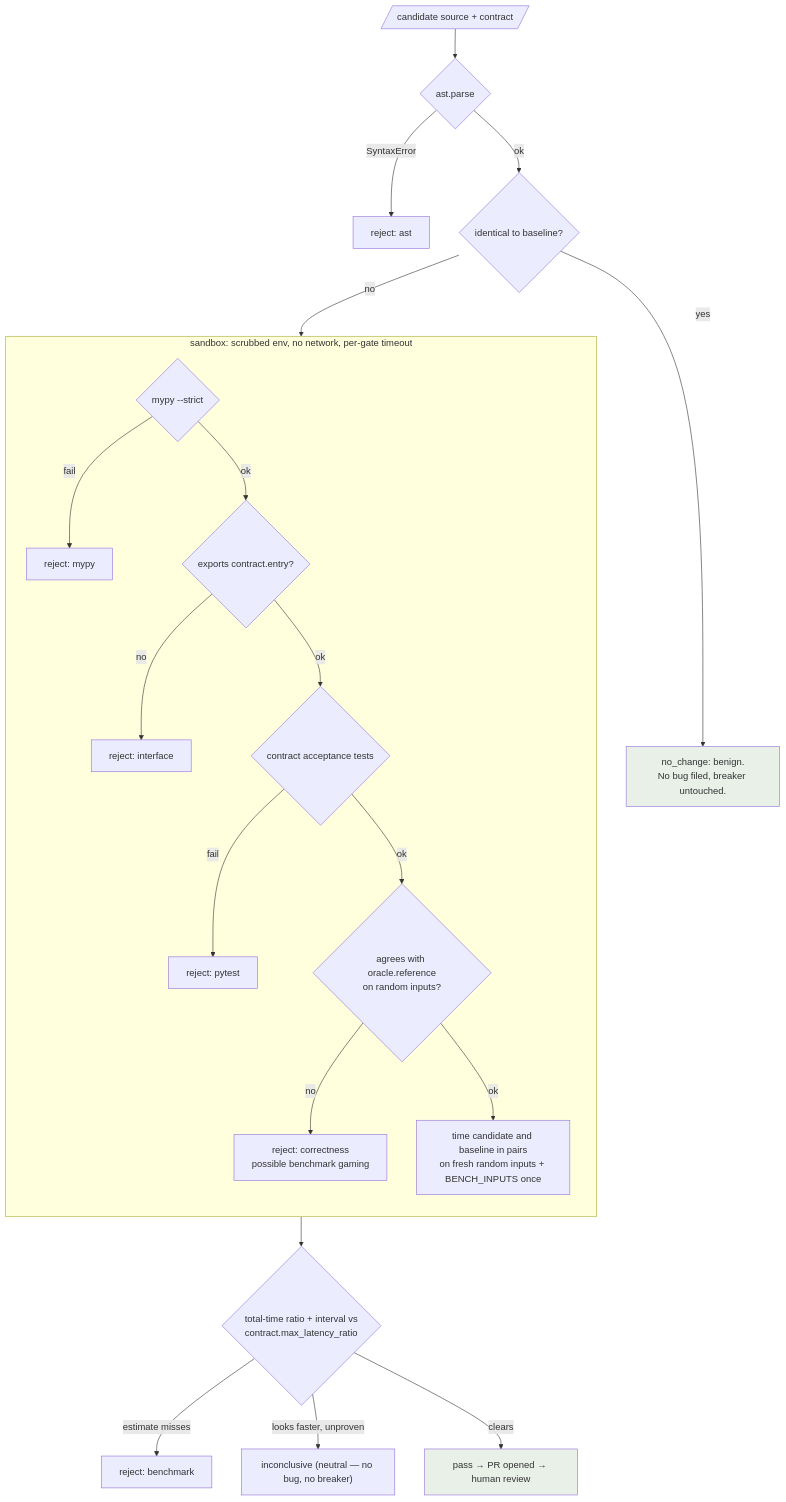
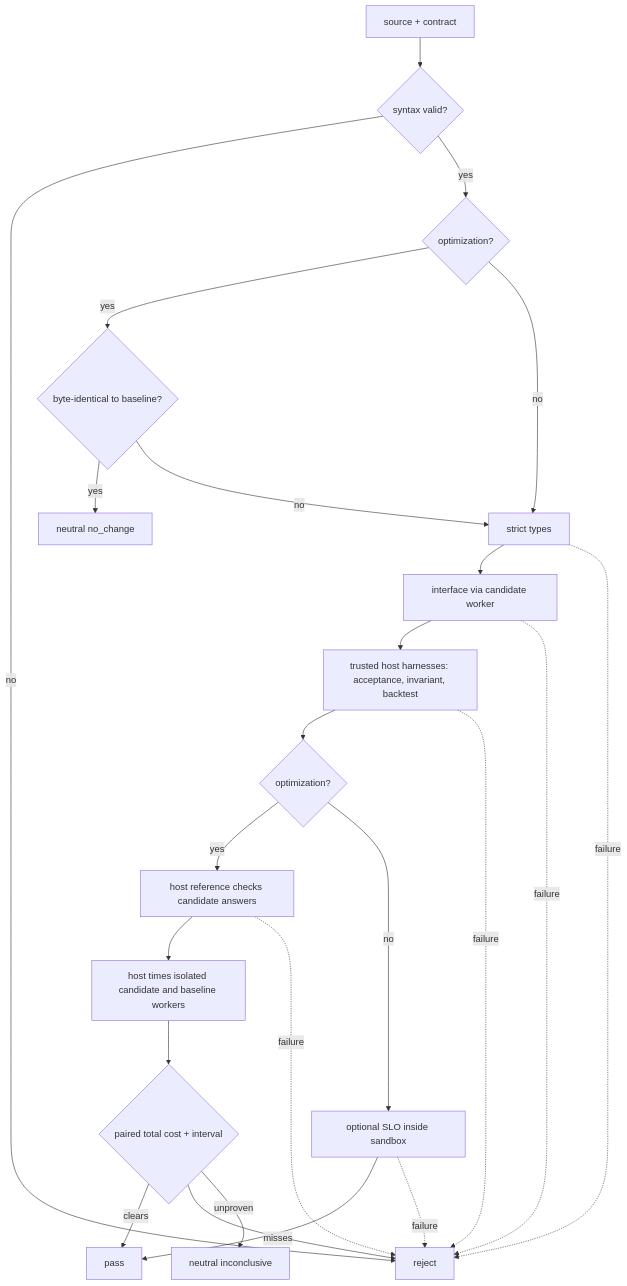
Before and after one commit to ozumpe/omnibase: the fourth of 6 diagrams in docs/DIAGRAMS.md, drawn with Mermaid. The commit also changed other lines of this file and 16 other files, not shown here.

````diff
--- a/docs/DIAGRAMS.md
+++ b/docs/DIAGRAMS.md
@@ -265,28 +317,26 @@
 ```mermaid
 flowchart TD
-    A[/"candidate source + contract"/] --> B{"ast.parse"}
-    B -- "SyntaxError" --> RJ["reject: ast"]
-    B -- ok --> C{"identical to baseline?"}
-    C -- "yes" --> NC["no_change: benign.<br/>No bug filed, breaker untouched."]
-    C -- "no" --> S
-
-    subgraph S["sandbox: scrubbed env, no network, per-gate timeout"]
-        direction TB
-        D{"mypy --strict"} -- "fail" --> RJ2["reject: mypy"]
-        D -- ok --> E{"exports contract.entry?"}
-        E -- "no" --> RJ3["reject: interface"]
-        E -- ok --> F{"contract acceptance tests"}
-        F -- "fail" --> RJ4["reject: pytest"]
-        F -- ok --> G{"agrees with oracle.reference<br/>on random inputs?"}
-        G -- "no" --> RJ5["reject: correctness<br/>possible benchmark gaming"]
-        G -- ok --> H["time candidate and baseline in pairs<br/>on fresh random inputs + BENCH_INPUTS once"]
-    end
-
-    H --> I{"total-time ratio + interval vs<br/>contract.max_latency_ratio"}
-    I -- "estimate misses" --> RJ6["reject: benchmark"]
-    I -- "looks faster, unproven" --> NI["inconclusive (neutral — no bug, no breaker)"]
-    I -- "clears" --> P["pass → PR opened → human review"]
-
-    style NC fill:#e8f0e8
-    style P fill:#e8f0e8
+    A["source + contract"] --> B{"syntax valid?"}
+    B -- no --> R["reject"]
+    B -- yes --> C{"optimization?"}
+    C -- yes --> N{"byte-identical to baseline?"}
+    N -- yes --> Z["neutral no_change"]
+    N -- no --> T["strict types"]
+    C -- no --> T
+    T --> I["interface via candidate worker"]
+    I --> H["trusted host harnesses: acceptance, invariant, backtest"]
+    H --> K{"optimization?"}
+    K -- yes --> D["host reference checks candidate answers"]
+    D --> W["host times isolated candidate and baseline workers"]
+    W --> V{"paired total cost + interval"}
+    V -- clears --> P["pass"]
+    V -- misses --> R
+    V -- unproven --> U["neutral inconclusive"]
+    K -- no --> S["optional SLO inside sandbox"]
+    S --> P
+    T -. failure .-> R
+    I -. failure .-> R
+    H -. failure .-> R
+    D -. failure .-> R
+    S -. failure .-> R
 ```
````
